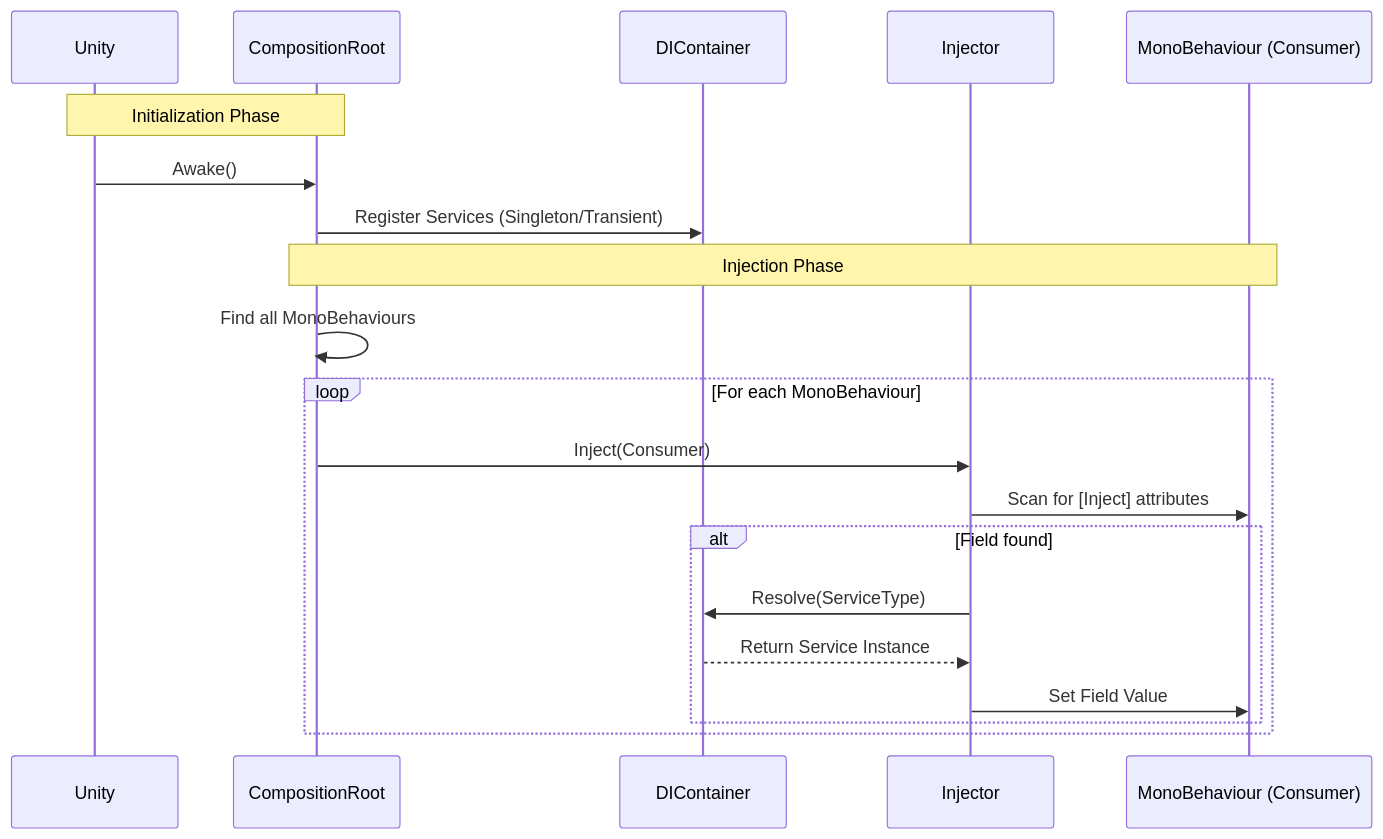
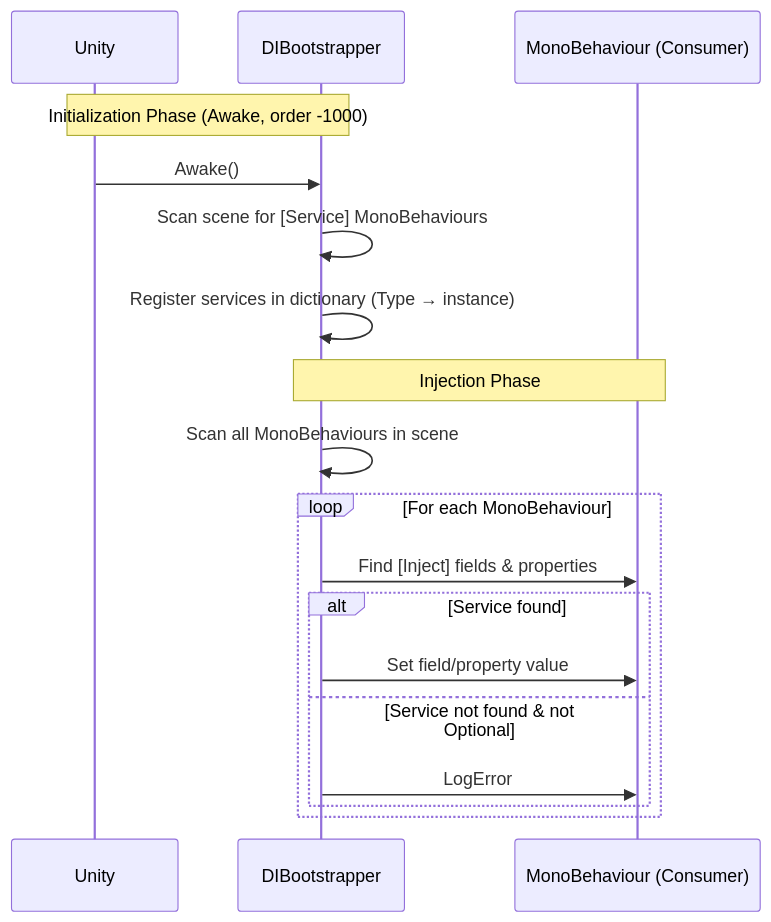
Before and after one commit to EthanDalessandro/EthanToolBox: the diagram in README.md, drawn with Mermaid. The commit also changed other lines of this file and 1 other file, not shown here.

````diff
--- a/README.md
+++ b/README.md
@@ -27,24 +28,22 @@
 ```mermaid
 sequenceDiagram
     participant Unity
-    participant Root as CompositionRoot
-    participant Container as DIContainer
-    participant Injector
+    participant Bootstrapper as DIBootstrapper
     participant Consumer as MonoBehaviour (Consumer)
 
-    Note over Unity, Root: Initialization Phase
-    Unity->>Root: Awake()
-    Root->>Container: Register Services (Singleton/Transient)
-    
-    Note over Root, Consumer: Injection Phase
-    Root->>Root: Find all MonoBehaviours
+    Note over Unity, Bootstrapper: Initialization Phase (Awake, order -1000)
+    Unity->>Bootstrapper: Awake()
+    Bootstrapper->>Bootstrapper: Scan scene for [Service] MonoBehaviours
+    Bootstrapper->>Bootstrapper: Register services in dictionary (Type → instance)
+
+    Note over Bootstrapper, Consumer: Injection Phase
+    Bootstrapper->>Bootstrapper: Scan all MonoBehaviours in scene
     loop For each MonoBehaviour
-        Root->>Injector: Inject(Consumer)
-        Injector->>Consumer: Scan for [Inject] attributes
-        alt Field found
-            Injector->>Container: Resolve(ServiceType)
-            Container-->>Injector: Return Service Instance
-            Injector->>Consumer: Set Field Value
+        Bootstrapper->>Consumer: Find [Inject] fields & properties
+        alt Service found
+            Bootstrapper->>Consumer: Set field/property value
+        else Service not found & not Optional
+            Bootstrapper->>Consumer: LogError
         end
     end
 ```
````
